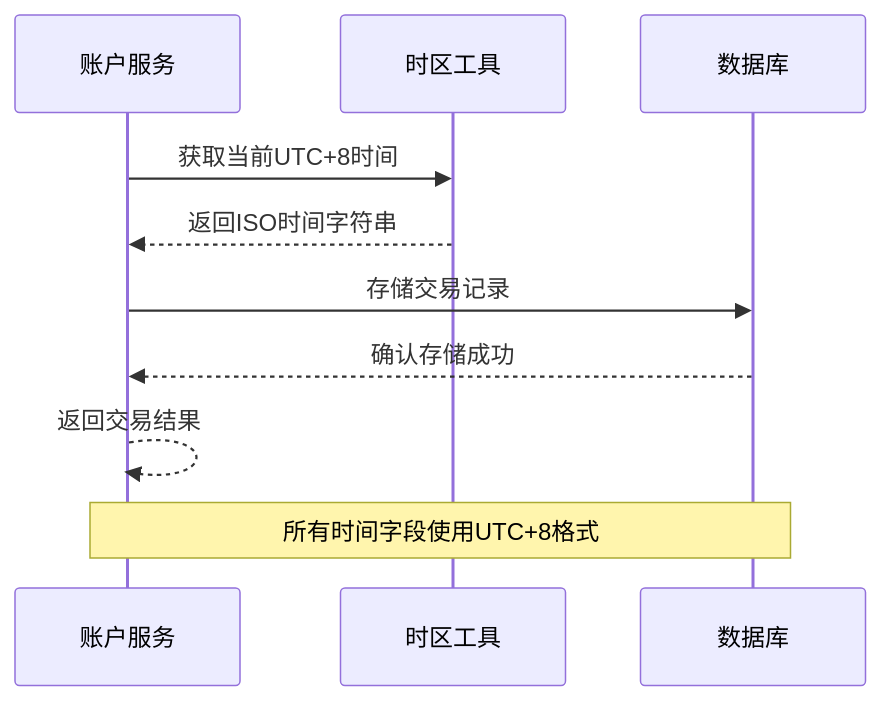
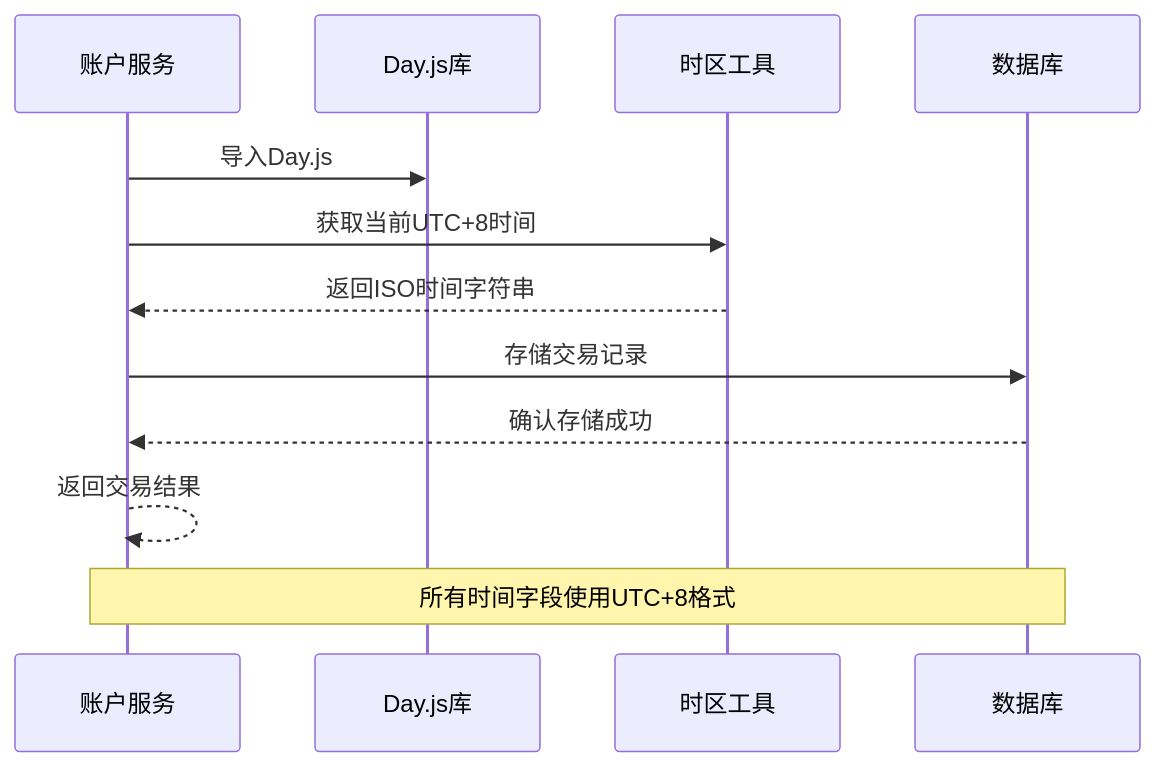
The seventh of 10 diagrams in .qoder/repowiki/zh/content/架构设计/数据层架构设计/时区工具模块.md (xiao-lin-unit/yuan), drawn with Mermaid before and after one commit. The commit also changed other lines of this file and 9 other files, not shown here.

````diff
--- a/.qoder/repowiki/zh/content/架构设计/数据层架构设计/时区工具模块.md
+++ b/.qoder/repowiki/zh/content/架构设计/数据层架构设计/时区工具模块.md
@@ -232,12 +250,14 @@
 ```mermaid
 sequenceDiagram
 participant SERVICE as 账户服务
+participant DAYJS as Day.js库
 participant TZ as 时区工具
 participant DB as 数据库
+SERVICE->>DAYJS : 导入Day.js
 SERVICE->>TZ : 获取当前UTC+8时间
 TZ-->>SERVICE : 返回ISO时间字符串
 SERVICE->>DB : 存储交易记录
 DB-->>SERVICE : 确认存储成功
 SERVICE-->>SERVICE : 返回交易结果
 Note over SERVICE,DB : 所有时间字段使用UTC+8格式
 ```
````
